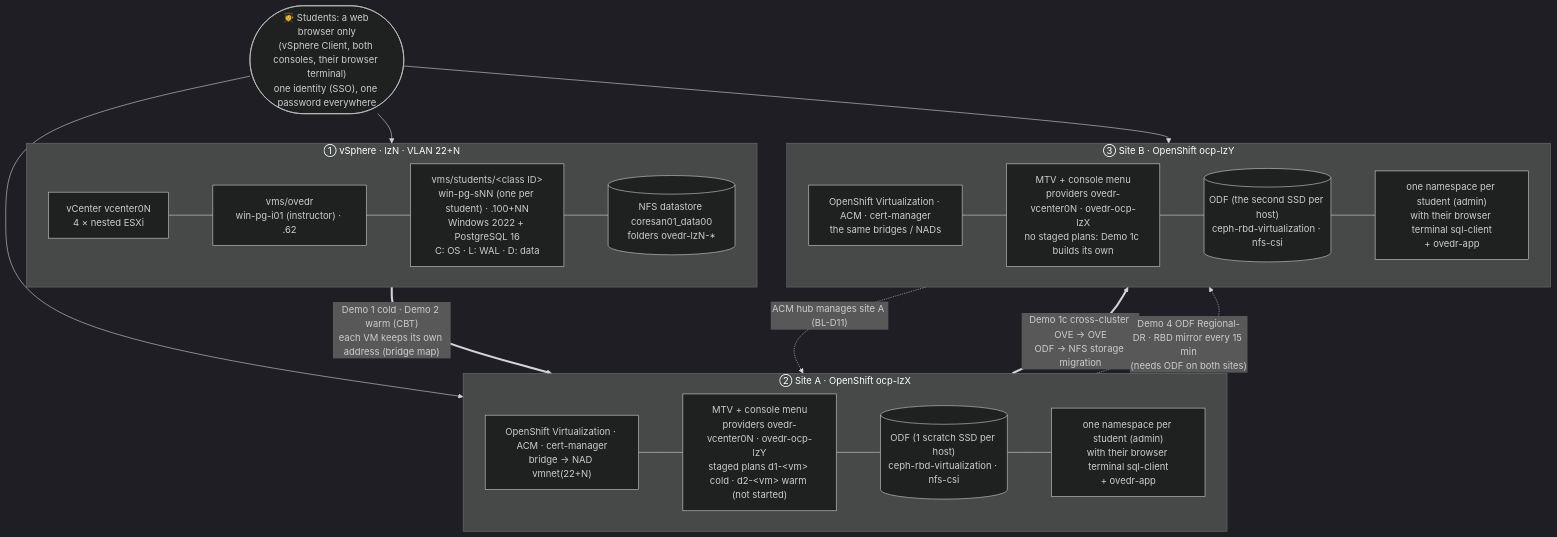
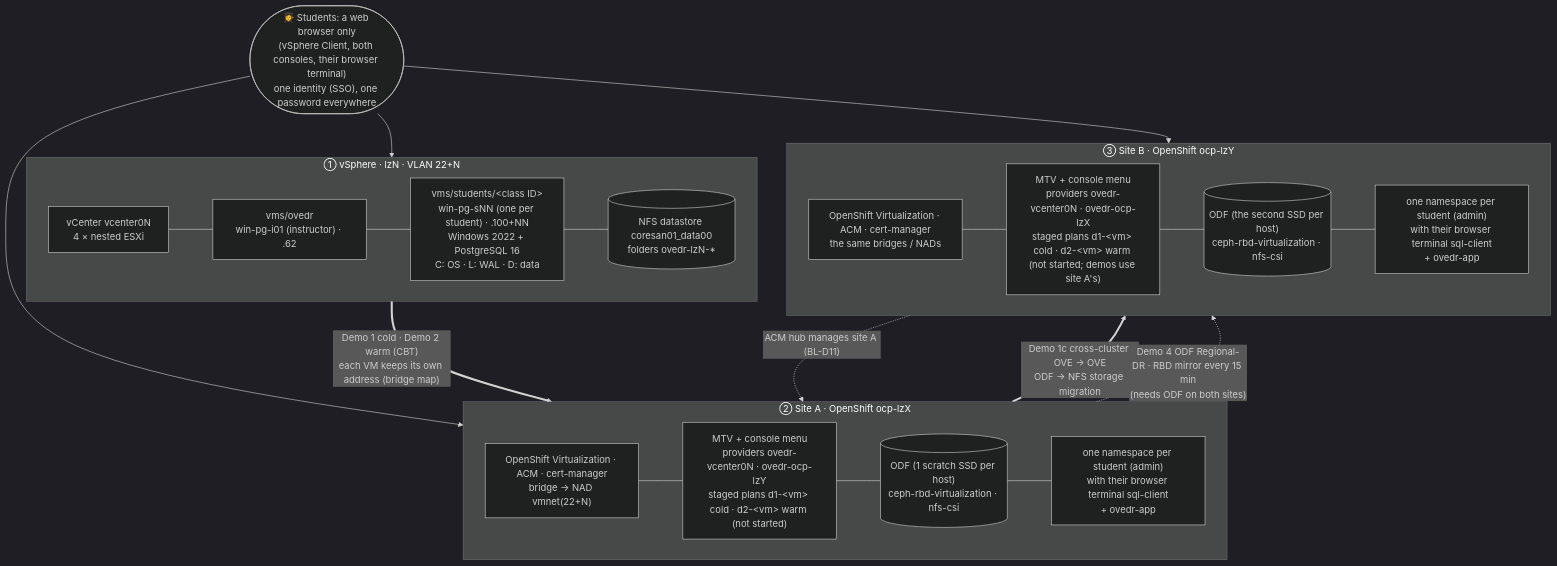
The diagram in docs/demos/lab-diagram.md (paragonmicro-lab/demo-0024-public), drawn with Mermaid (dark theme) before and after one commit. The commit also changed other lines of this file and 2 other files, not shown here.

Commit message:
class @ demo-openshift-ove 4cada22f7c07

````diff
--- a/docs/demos/lab-diagram.md
+++ b/docs/demos/lab-diagram.md
@@ -20,39 +20,39 @@
 ```mermaid
 flowchart TB
   STU(["👩‍🎓 Students: a web browser only<br/>(vSphere Client, both consoles, their browser terminal)<br/>one identity (SSO), one password everywhere"])
 
   subgraph VS["① vSphere · lzN · VLAN 22+N"]
     direction LR
     VC["vCenter vcenter0N<br/>4 × nested ESXi"]
     VMI["vms/ovedr<br/>win-pg-i01 (instructor) · .62"]
     VMS["vms/students/&lt;class ID&gt;<br/>win-pg-sNN (one per student) · .100+NN<br/>Windows 2022 + PostgreSQL 16<br/>C: OS · L: WAL · D: data"]
     DS[("NFS datastore coresan01_data00<br/>folders ovedr-lzN-*")]
     VC --- VMI --- VMS --- DS
   end
 
   subgraph A["② Site A · OpenShift ocp-lzX"]
     direction LR
     A1["OpenShift Virtualization · ACM · cert-manager<br/>bridge → NAD vmnet(22+N)"]
     A2["MTV + console menu<br/>providers ovedr-vcenter0N · ovedr-ocp-lzY<br/>staged plans d1-&lt;vm&gt; cold · d2-&lt;vm&gt; warm (not started)"]
     A3[("ODF (1 scratch SSD per host)<br/>ceph-rbd-virtualization · nfs-csi")]
     A4["one namespace per student (admin)<br/>with their browser terminal sql-client<br/>+ ovedr-app"]
     A1 --- A2 --- A3 --- A4
   end
 
   subgraph B["③ Site B · OpenShift ocp-lzY"]
     direction LR
     B1["OpenShift Virtualization · ACM · cert-manager<br/>the same bridges / NADs"]
-    B2["MTV + console menu<br/>providers ovedr-vcenter0N · ovedr-ocp-lzX<br/>no staged plans: Demo 1c builds its own"]
+    B2["MTV + console menu<br/>providers ovedr-vcenter0N · ovedr-ocp-lzX<br/>staged plans d1-&lt;vm&gt; cold · d2-&lt;vm&gt; warm (not started; demos use site A's)"]
     B3[("ODF (the second SSD per host)<br/>ceph-rbd-virtualization · nfs-csi")]
     B4["one namespace per student (admin)<br/>with their browser terminal sql-client<br/>+ ovedr-app"]
     B1 --- B2 --- B3 --- B4
   end
 
   STU --> VS
   STU --> A
   STU --> B
   VS == "Demo 1 cold · Demo 2 warm (CBT)<br/>each VM keeps its own address (bridge map)" ==> A
   A == "Demo 1c cross-cluster OVE → OVE<br/>ODF → NFS storage migration" ==> B
   A -. "Demo 4 ODF Regional-DR · RBD mirror every 15 min<br/>(needs ODF on both sites)" .-> B
   B -. "ACM hub manages site A (BL-D11)" .-> A
 ```
````
